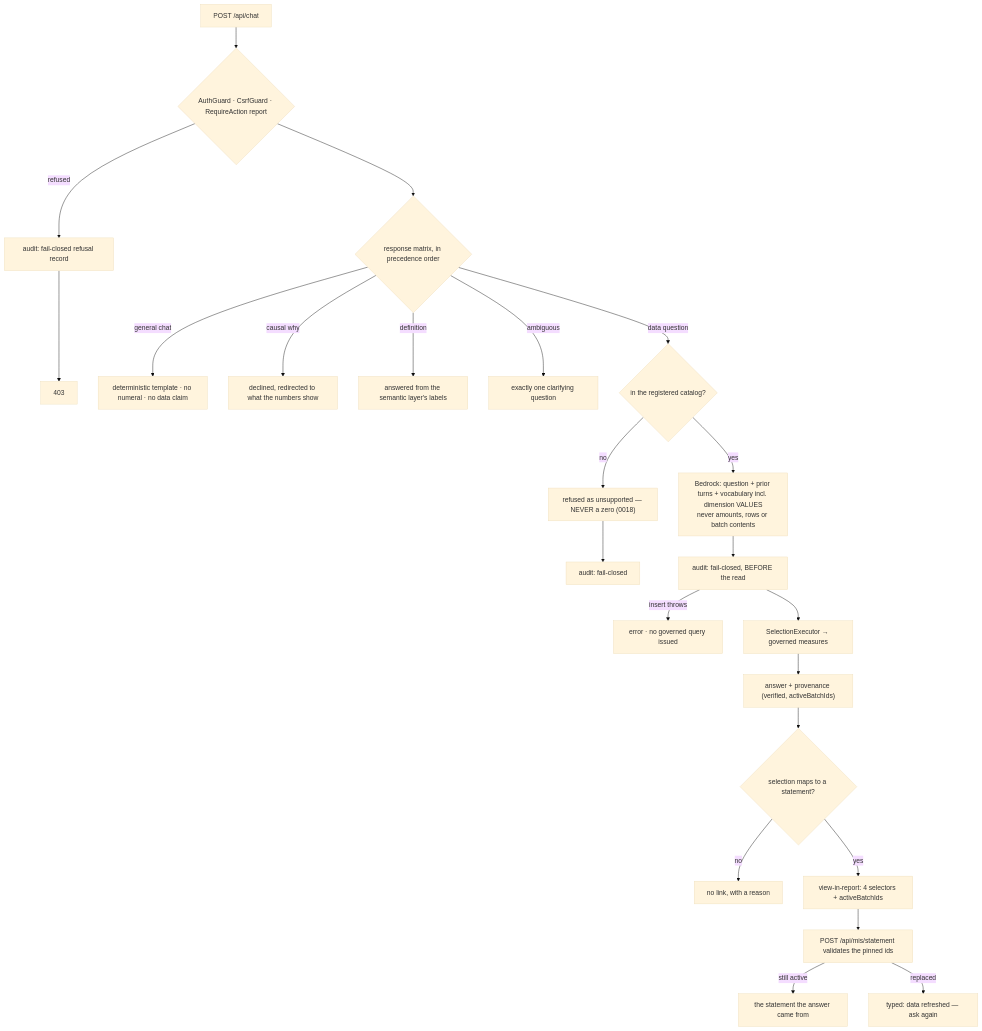
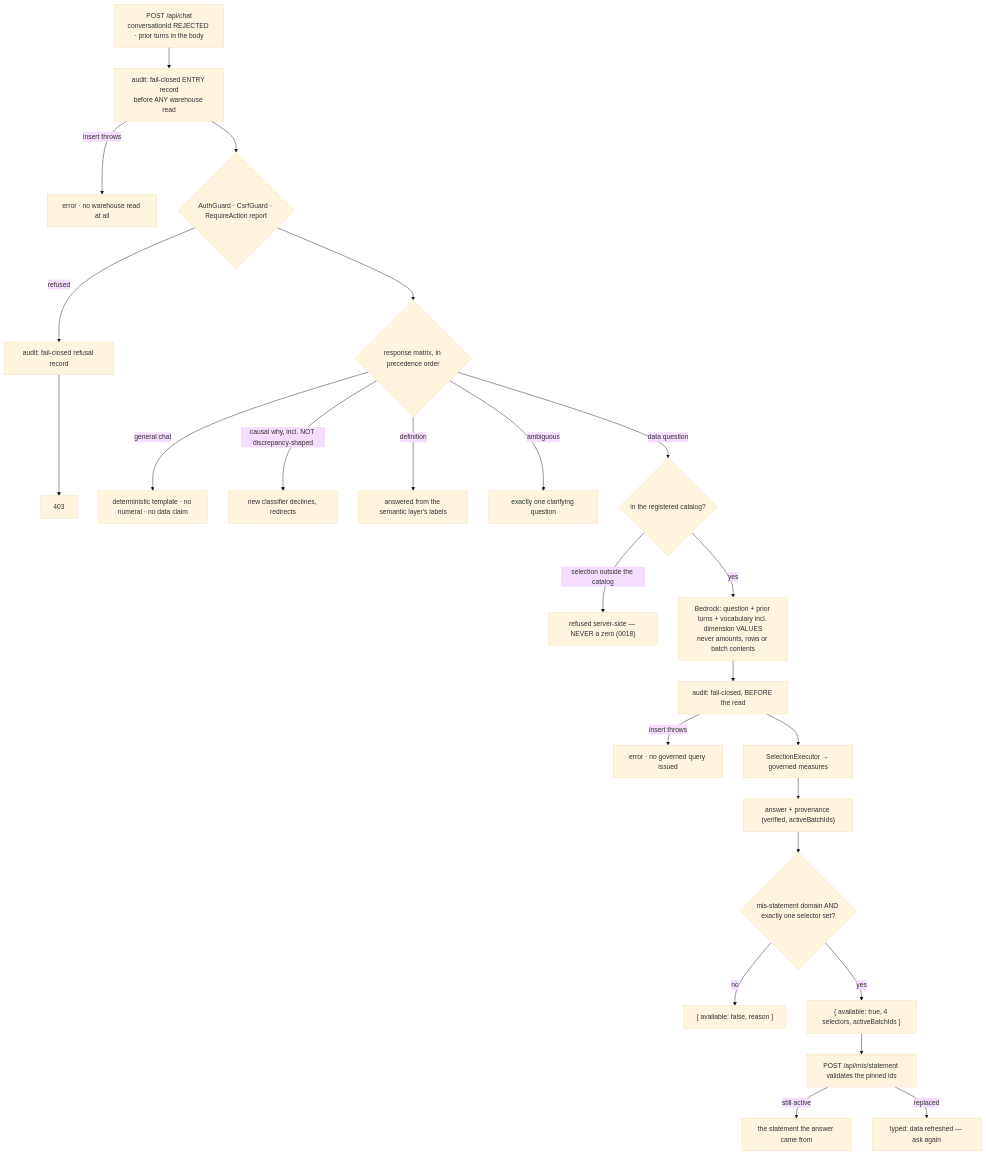
Before and after one commit to kl-rahulanand/3f-oil-palm: the diagram in .factory/stories/assistant/task-plans/assistant-governed-ask.md, drawn with Mermaid (base theme). The commit also changed other lines of this file and 4 other files, not shown here.

````diff
--- a/.factory/stories/assistant/task-plans/assistant-governed-ask.md
+++ b/.factory/stories/assistant/task-plans/assistant-governed-ask.md
@@ -103,23 +152,25 @@
 ```mermaid
 flowchart TD
-  Q["POST /api/chat"] --> G{AuthGuard · CsrfGuard · RequireAction report}
+  Q["POST /api/chat<br/>conversationId REJECTED · prior turns in the body"] --> AE["audit: fail-closed ENTRY record<br/>before ANY warehouse read"]
+  AE -->|insert throws| STOP0["error · no warehouse read at all"]
+  AE --> G{AuthGuard · CsrfGuard · RequireAction report}
   G -->|refused| AR["audit: fail-closed refusal record"] --> F403["403"]
   G --> M{"response matrix, in precedence order"}
   M -->|general chat| T["deterministic template · no numeral · no data claim"]
-  M -->|causal why| DEC["declined, redirected to what the numbers show"]
+  M -->|causal why, incl. NOT discrepancy-shaped| DEC["new classifier declines, redirects"]
   M -->|definition| DEF["answered from the semantic layer's labels"]
   M -->|ambiguous| CL["exactly one clarifying question"]
   M -->|data question| CAT{"in the registered catalog?"}
-  CAT -->|no| UNS["refused as unsupported — NEVER a zero (0018)"] --> AR2["audit: fail-closed"]
+  CAT -->|selection outside the catalog| UNS["refused server-side — NEVER a zero (0018)"]
   CAT -->|yes| LLM["Bedrock: question + prior turns + vocabulary incl. dimension VALUES<br/>never amounts, rows or batch contents"]
   LLM --> AUD["audit: fail-closed, BEFORE the read"]
   AUD -->|insert throws| STOP["error · no governed query issued"]
   AUD --> EX["SelectionExecutor → governed measures"]
   EX --> A["answer + provenance (verified, activeBatchIds)"]
-  A --> V{"selection maps to a statement?"}
-  V -->|no| NOLINK["no link, with a reason"]
-  V -->|yes| LINK["view-in-report: 4 selectors + activeBatchIds"]
+  A --> V{"mis-statement domain AND exactly one selector set?"}
+  V -->|no| NOLINK["{ available: false, reason }"]
+  V -->|yes| LINK["{ available: true, 4 selectors, activeBatchIds }"]
   LINK --> S["POST /api/mis/statement validates the pinned ids"]
   S -->|still active| OK["the statement the answer came from"]
   S -->|replaced| STALE["typed: data refreshed — ask again"]
 ```
````
